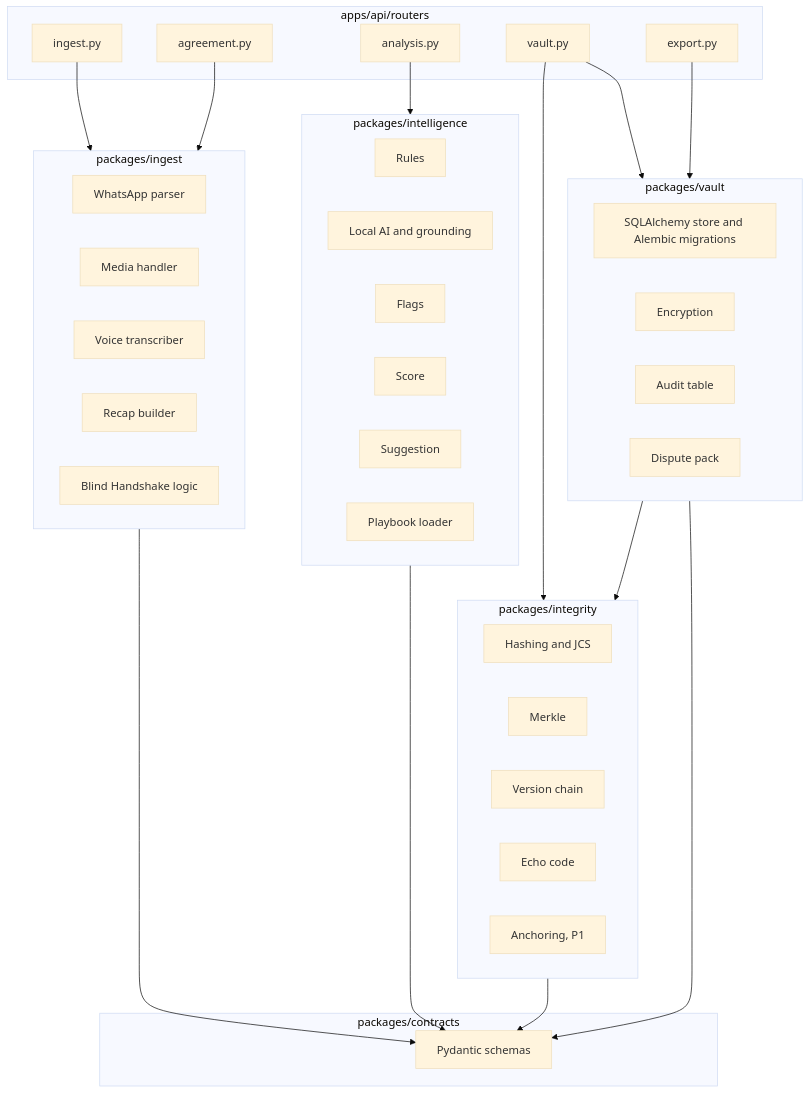
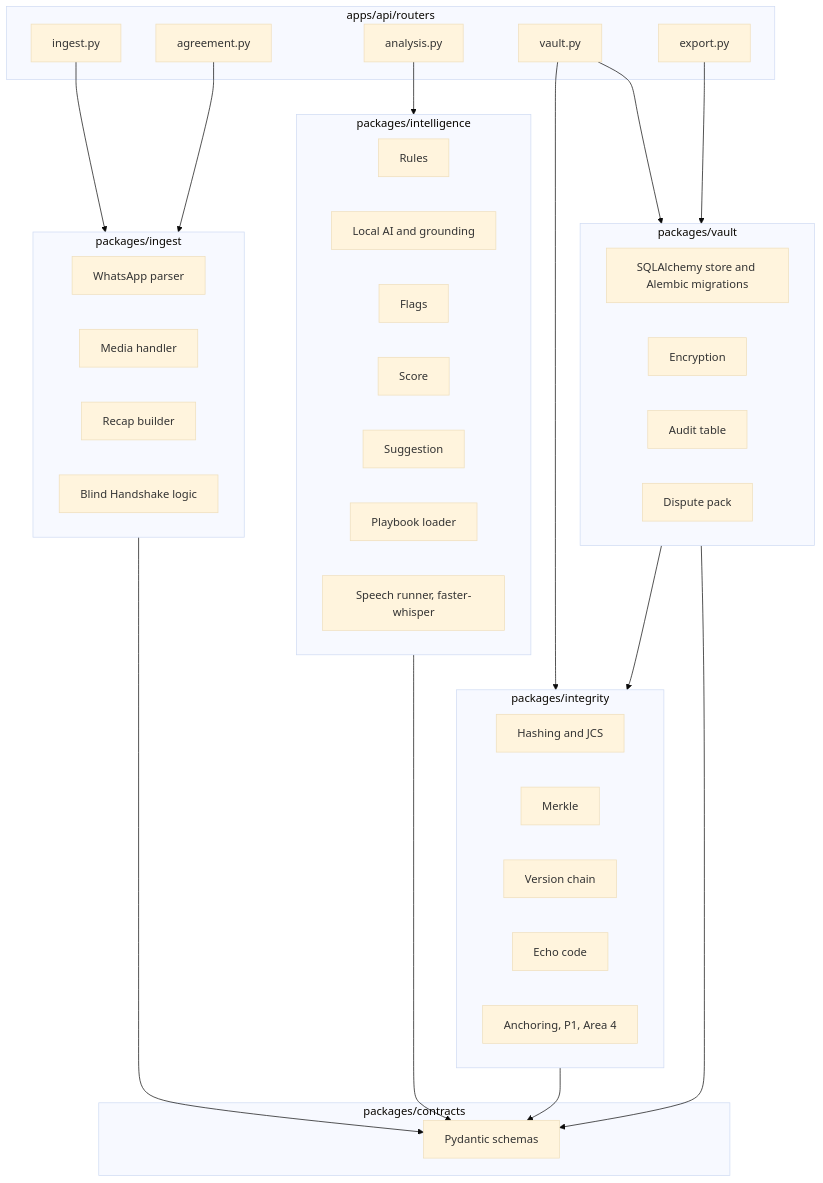
One commit to HARDIKSINGH150206/Veridoc changed the third of 7 diagrams in docs/ARCHITECTURE.md. Above: the diagram before and after it, drawn with Mermaid (base theme). The commit also changed other lines of this file and 15 other files, not shown here.

````diff
--- a/docs/ARCHITECTURE.md
+++ b/docs/ARCHITECTURE.md
@@ -74,52 +75,52 @@
 ```mermaid
 flowchart TB
   subgraph Routers["apps/api/routers"]
     R1["ingest.py"]
     R1B["agreement.py"]
     R2["analysis.py"]
     R3["vault.py"]
     R4["export.py"]
   end
   subgraph Contracts["packages/contracts"]
     CT["Pydantic schemas"]
   end
   subgraph Ingest["packages/ingest"]
     P["WhatsApp parser"]
     M["Media handler"]
-    V["Voice transcriber"]
     RC["Recap builder"]
     HS["Blind Handshake logic"]
   end
   subgraph Intel["packages/intelligence"]
     RU["Rules"]
     LM["Local AI and grounding"]
     FL["Flags"]
     SC["Score"]
     SG["Suggestion"]
     PB["Playbook loader"]
+    SP["Speech runner, faster-whisper"]
   end
   subgraph Integ["packages/integrity"]
     HA["Hashing and JCS"]
     MK["Merkle"]
     VC["Version chain"]
     EC["Echo code"]
-    AN["Anchoring, P1"]
+    AN["Anchoring, P1, Area 4"]
   end
   subgraph Vault["packages/vault"]
     ST["SQLAlchemy store and Alembic migrations"]
     EN["Encryption"]
     AU["Audit table"]
     DP["Dispute pack"]
   end
   R1 --> Ingest
   R1B --> Ingest
   R2 --> Intel
   R3 --> Integ
   R3 --> Vault
   R4 --> Vault
   Ingest --> CT
   Intel --> CT
   Integ --> CT
   Vault --> CT
   Vault --> Integ
 ```
````
